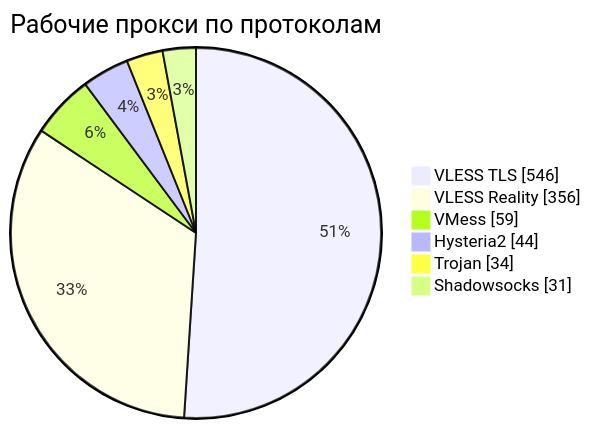
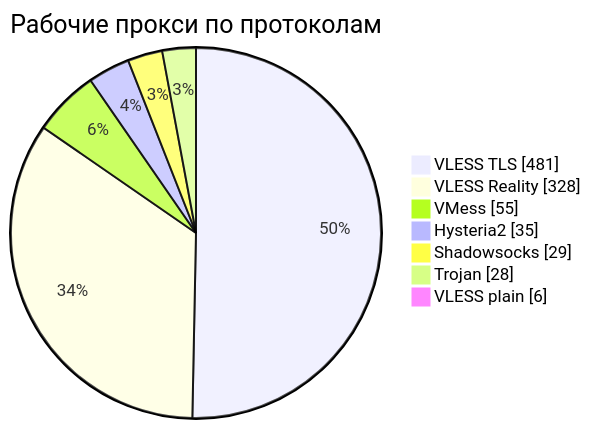
Before and after one commit to rvvg/proxy-subs: the third of 4 diagrams in README.md, drawn with Mermaid. The commit also changed other lines of this file and 51 other files, not shown here.

````diff
--- a/README.md
+++ b/README.md
@@ -140,10 +138,11 @@
 ```mermaid
 pie showData
     title Рабочие прокси по протоколам
-    "VLESS TLS" : 546
-    "VLESS Reality" : 356
-    "VMess" : 59
-    "Hysteria2" : 44
-    "Trojan" : 34
-    "Shadowsocks" : 31
+    "VLESS TLS" : 481
+    "VLESS Reality" : 328
+    "VMess" : 55
+    "Hysteria2" : 35
+    "Shadowsocks" : 29
+    "Trojan" : 28
+    "VLESS plain" : 6
 ```
````
